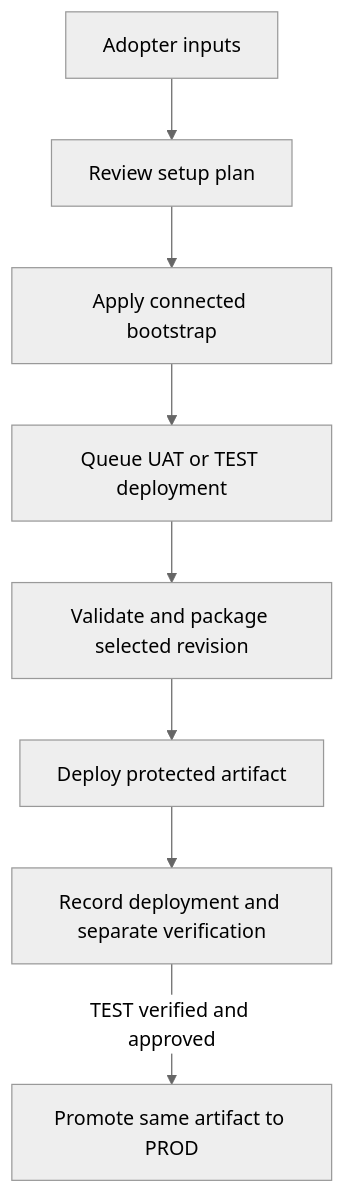
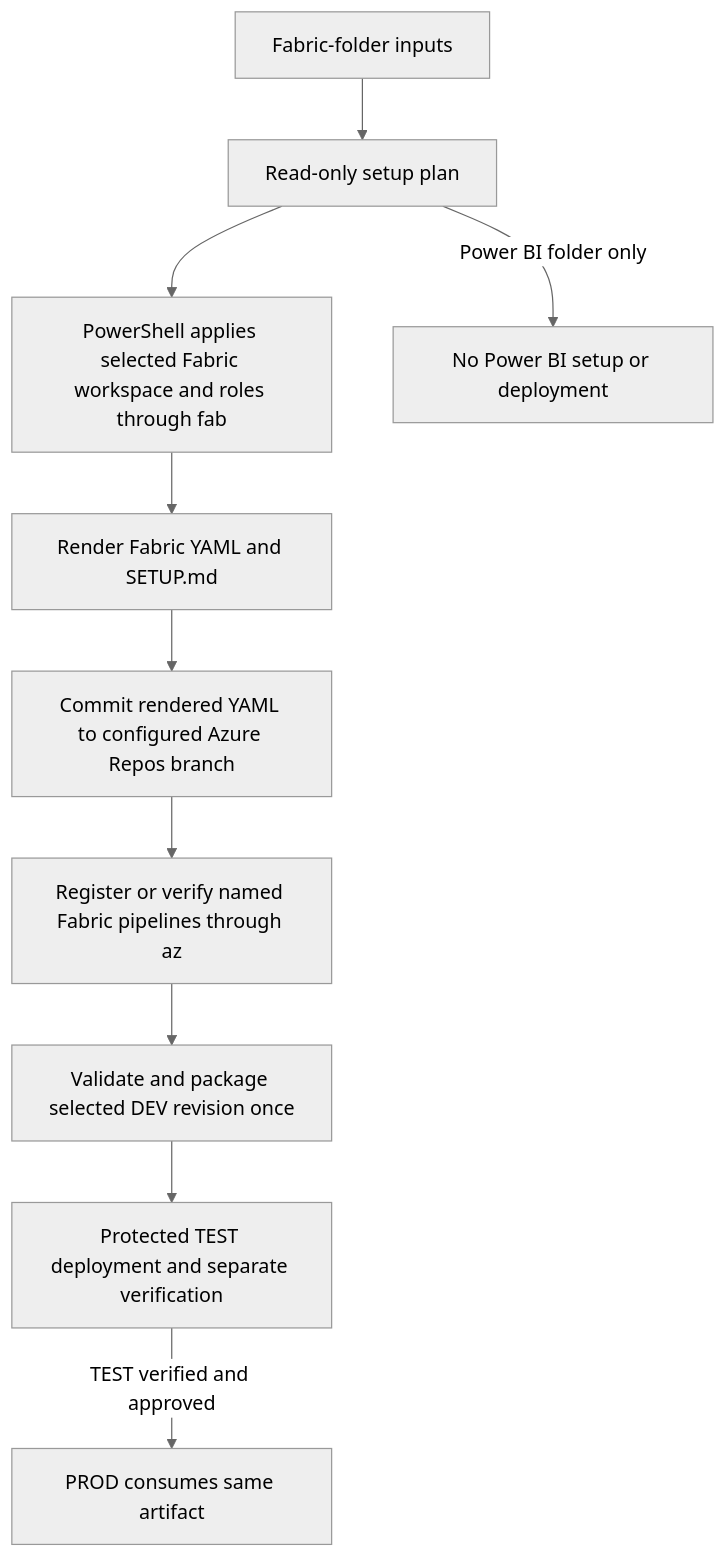
Before and after one commit to YuriChadour/powerbi-agentic-plugins: the diagram in openspec/changes/fin-2060-reference-fabric-bootstrap/design.md, drawn with Mermaid (neutral theme). The commit also changed other lines of this file and 19 other files, not shown here.

Commit message:
feat(FIN-2060): add Fabric CI/CD bootstrap

````diff
--- a/openspec/changes/fin-2060-reference-fabric-bootstrap/design.md
+++ b/openspec/changes/fin-2060-reference-fabric-bootstrap/design.md
@@ -7,10 +7,12 @@
 ```mermaid
-flowchart TB
-    A[Adopter inputs] --> P[Review setup plan]
-    P --> B[Apply connected bootstrap]
-    B --> U[Queue UAT or TEST deployment]
-    U --> C[Validate and package selected revision]
-    C --> D[Deploy protected artifact]
-    D --> V[Record deployment and separate verification]
-    V -->|TEST verified and approved| R[Promote same artifact to PROD]
+flowchart TD
+    A[Fabric-folder inputs] --> P[Read-only setup plan]
+    P --> B[PowerShell applies selected Fabric workspace and roles through fab]
+    B --> C[Render Fabric YAML and SETUP.md]
+    C --> G[Commit rendered YAML to configured Azure Repos branch]
+    G --> Z[Register or verify named Fabric pipelines through az]
+    Z --> T[Validate and package selected DEV revision once]
+    T --> U[Protected TEST deployment and separate verification]
+    U -->|TEST verified and approved| R[PROD consumes same artifact]
+    P -->|Power BI folder only| X[No Power BI setup or deployment]
 ```
````
